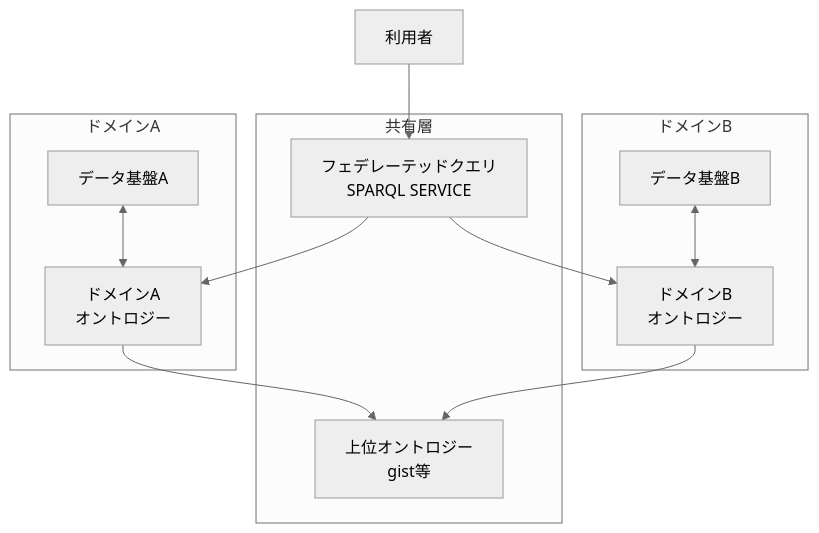
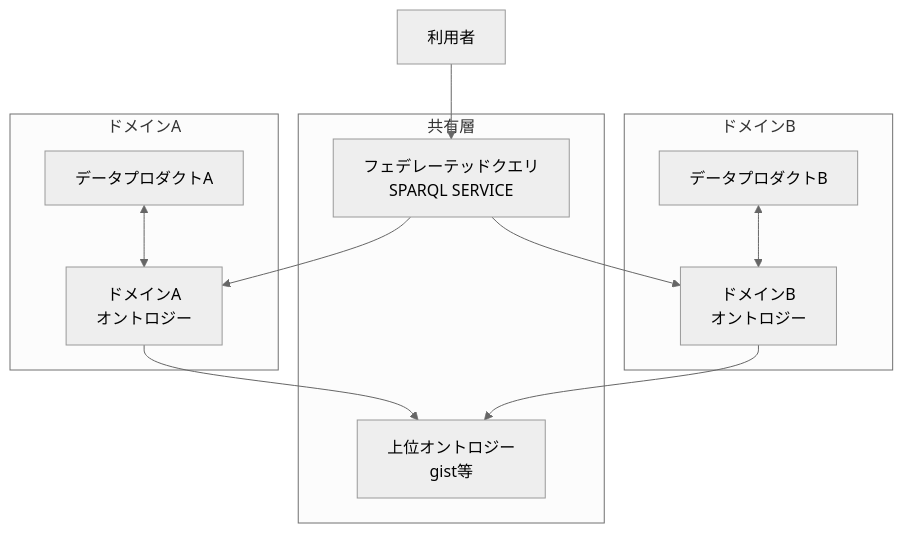
Diagram 14 of 18 in articles/ontology-dbt-semantic-layer_20260217.md (suwa-sh/zenn-contents), drawn with Mermaid (neutral theme) before and after one commit. The commit also changed other lines of this file, not shown here.

````diff
--- a/articles/ontology-dbt-semantic-layer_20260217.md
+++ b/articles/ontology-dbt-semantic-layer_20260217.md
@@ -491,23 +498,23 @@
 ```mermaid
 graph TB
     subgraph "ドメインA"
-        DA_DB["データ基盤A"]
+        DA_DB["データプロダクトA"]
         DA_ONT["ドメインA<br/>オントロジー"]
         DA_DB <--> DA_ONT
     end
     subgraph "ドメインB"
-        DB_DB["データ基盤B"]
+        DB_DB["データプロダクトB"]
         DB_ONT["ドメインB<br/>オントロジー"]
         DB_DB <--> DB_ONT
     end
     subgraph "共有層"
         UPPER["上位オントロジー<br/>gist等"]
         FQ["フェデレーテッドクエリ<br/>SPARQL SERVICE"]
     end
 
     DA_ONT --> UPPER
     DB_ONT --> UPPER
     FQ --> DA_ONT
     FQ --> DB_ONT
     USER["利用者"] --> FQ
 ```
````
